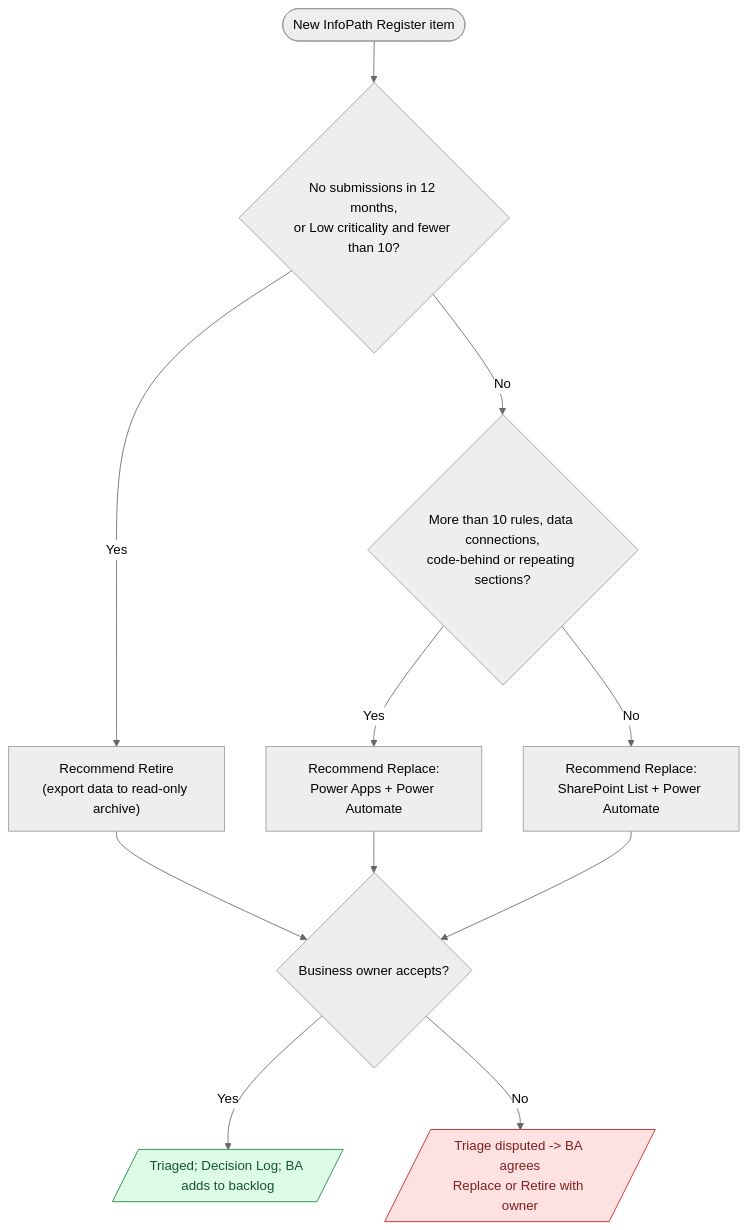
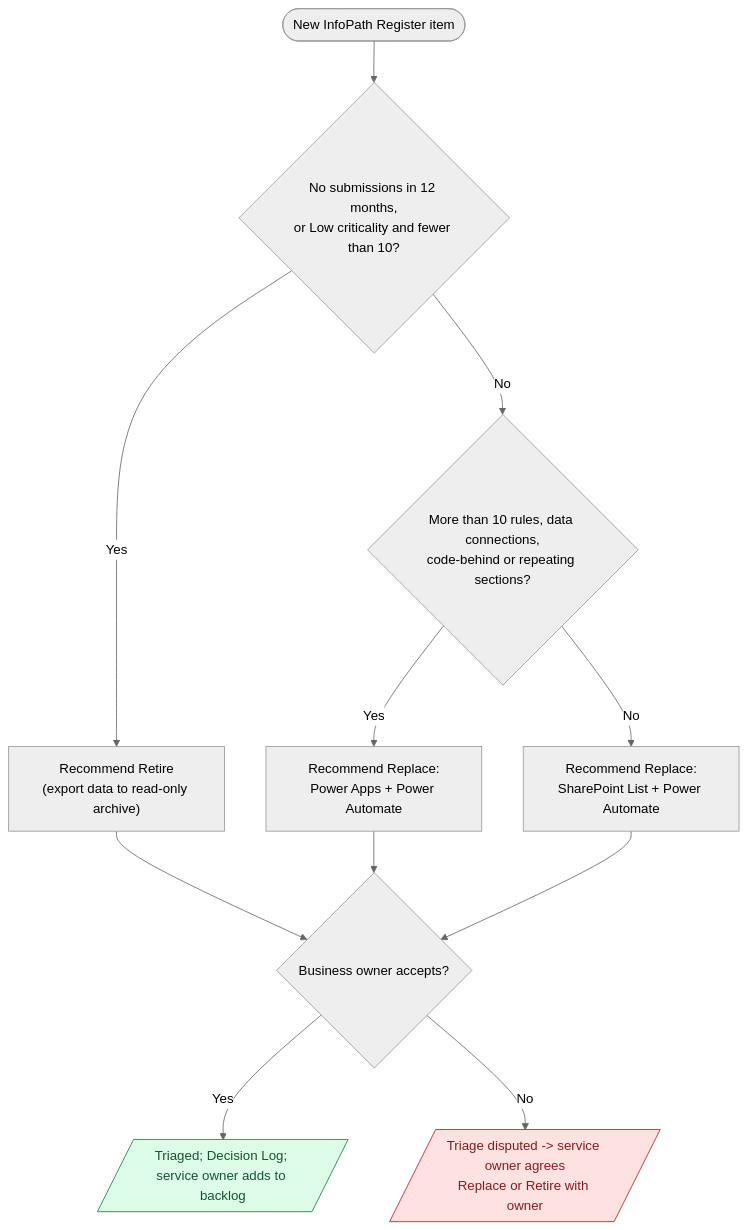
Before and after one commit to flinty-isd/Projects-hub: the fifth of 7 diagrams in solutions/SharePointGovernance/diagrams/governance-flows.md, drawn with Mermaid (neutral theme). The commit also changed other lines of this file and 12 other files, not shown here.

First line of the commit message:
Adapt SharePoint governance flows for BAU

````diff
--- a/solutions/SharePointGovernance/diagrams/governance-flows.md
+++ b/solutions/SharePointGovernance/diagrams/governance-flows.md
@@ -100,13 +94,13 @@
 ```mermaid
 flowchart TD
   A([New InfoPath Register item]) --> U{"No submissions in 12 months,<br/>or Low criticality and fewer than 10?"}
   U -->|Yes| RT["Recommend Retire<br/>(export data to read-only archive)"]
   U -->|No| CX{"More than 10 rules, data connections,<br/>code-behind or repeating sections?"}
   CX -->|Yes| PA["Recommend Replace:<br/>Power Apps + Power Automate"]
   CX -->|No| SL["Recommend Replace:<br/>SharePoint List + Power Automate"]
   RT & PA & SL --> O{"Business owner accepts?"}
-  O -->|Yes| D[/"Triaged; Decision Log; BA adds to backlog"/]:::good
-  O -->|No| DS[/"Triage disputed -> BA agrees<br/>Replace or Retire with owner"/]:::bad
+  O -->|Yes| D[/"Triaged; Decision Log; service owner adds to backlog"/]:::good
+  O -->|No| DS[/"Triage disputed -> service owner agrees<br/>Replace or Retire with owner"/]:::bad
   classDef good fill:#dcfce7,stroke:#15803d,color:#14532d
   classDef bad fill:#fee2e2,stroke:#b91c1c,color:#7f1d1d
 ```
````
